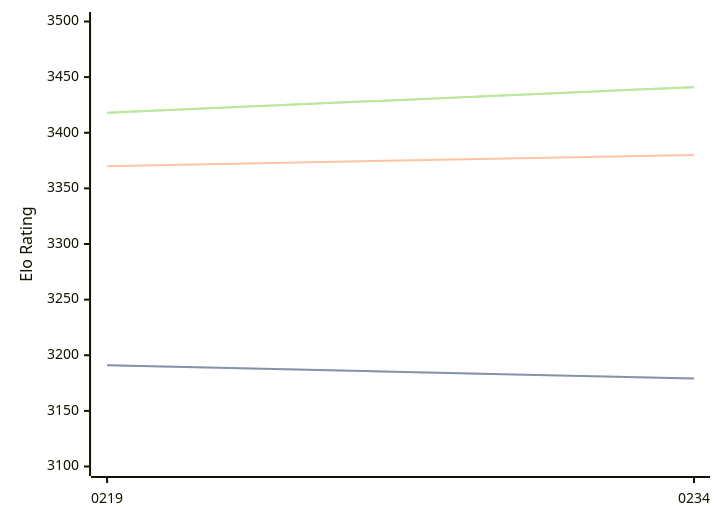
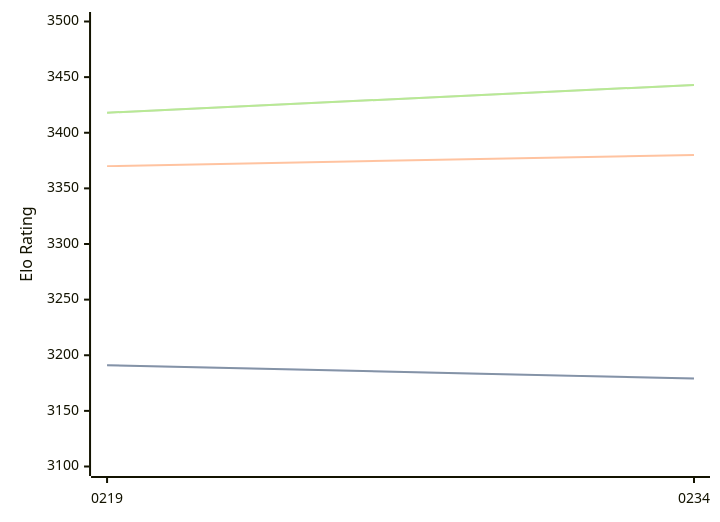
One commit to computer-chess-index/cci changed the diagram in engines/Ynode.md. Above: the diagram before and after it, drawn with Mermaid. The commit also changed other lines of this file, not shown here.

Commit message:
Update CCI Ratings (ELO VLTC) - 2026-05-15

````diff
--- a/engines/Ynode.md
+++ b/engines/Ynode.md
@@ -39,11 +39,11 @@
 ```mermaid
 %%{init: {"theme":"base","themeVariables":{"seriesColors:['#a3a3a3','#222221','#faa371']}}}%%
 xychart-beta
   x-axis ["0219", "0234"]
   y-axis "Elo Rating" 3100 --> 3500
   line "STC (8.0+0.08s)" [3191, 3179]
   line "STC (8.0+0.08s)" [3191, 3179]
   line "LTC (60.0+0.60s)" [3370, 3380]
-  line "VLTC (2m24s+1.12s)" [3418, 3441]
-  line "VLTC (2m24s+1.12s)" [3418, 3441]
+  line "VLTC (2m24s+1.12s)" [3418, 3443]
+  line "VLTC (2m24s+1.12s)" [3418, 3443]
 ```
````
